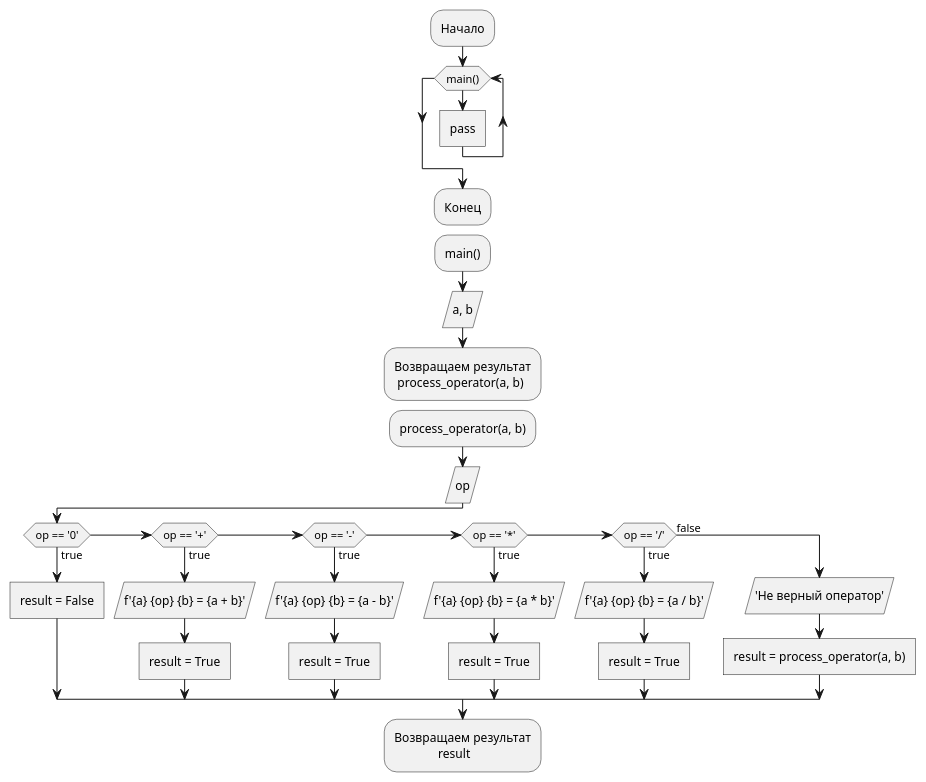
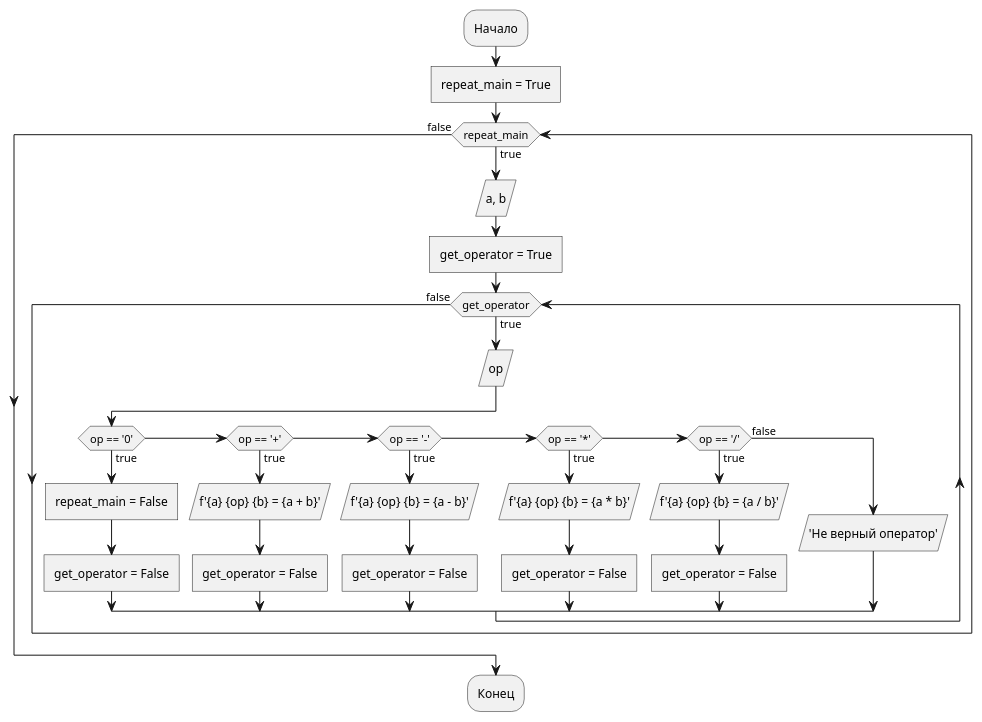
The diagram in python_algo/lesson02/task01.puml (iatsuk/geekbrains), drawn with PlantUML before and after one commit. The commit also changed 14 other files, not shown here.

```diff
--- a/python_algo/lesson02/task01.puml
+++ b/python_algo/lesson02/task01.puml
@@ -1,39 +1,30 @@
 @startuml
 :Начало;
-while (main())
-  :pass]
-endwhile
+:repeat_main = True]
+while (repeat_main) is (true)
+  :a, b/
+  :get_operator = True]
+  while (get_operator) is (true)
+    :op/
+    if (op == '0') then (true)
+      :repeat_main = False]
+      :get_operator = False]
+    elseif (op == '+') then (true)
+      :f'{a} {op} {b} = {a + b}'/
+      :get_operator = False]
+    elseif (op == '-') then (true)
+      :f'{a} {op} {b} = {a - b}'/
+      :get_operator = False]
+    elseif (op == '*') then (true)
+      :f'{a} {op} {b} = {a * b}'/
+      :get_operator = False]
+    elseif (op == '/') then (true)
+      :f'{a} {op} {b} = {a / b}'/
+      :get_operator = False]
+    else (false)
+      :'Не верный оператор'/
+    endif
+  endwhile (false)
+endwhile (false)
 :Конец;
-
-detach
-
-:main();
-:a, b/
-:Возвращаем результат
- process_operator(a, b);
-
-detach
-
-:process_operator(a, b);
-:op/
-if (op == '0') then (true)
-  :result = False]
-elseif (op == '+') then (true)
-  :f'{a} {op} {b} = {a + b}'/
-  :result = True]
-elseif (op == '-') then (true)
-  :f'{a} {op} {b} = {a - b}'/
-  :result = True]
-elseif (op == '*') then (true)
-  :f'{a} {op} {b} = {a * b}'/
-  :result = True]
-elseif (op == '/') then (true)
-  :f'{a} {op} {b} = {a / b}'/
-  :result = True]
-else (false)
-  :'Не верный оператор'/
-  :result = process_operator(a, b)]
-endif
-:Возвращаем результат
-              result;
 @enduml
```
